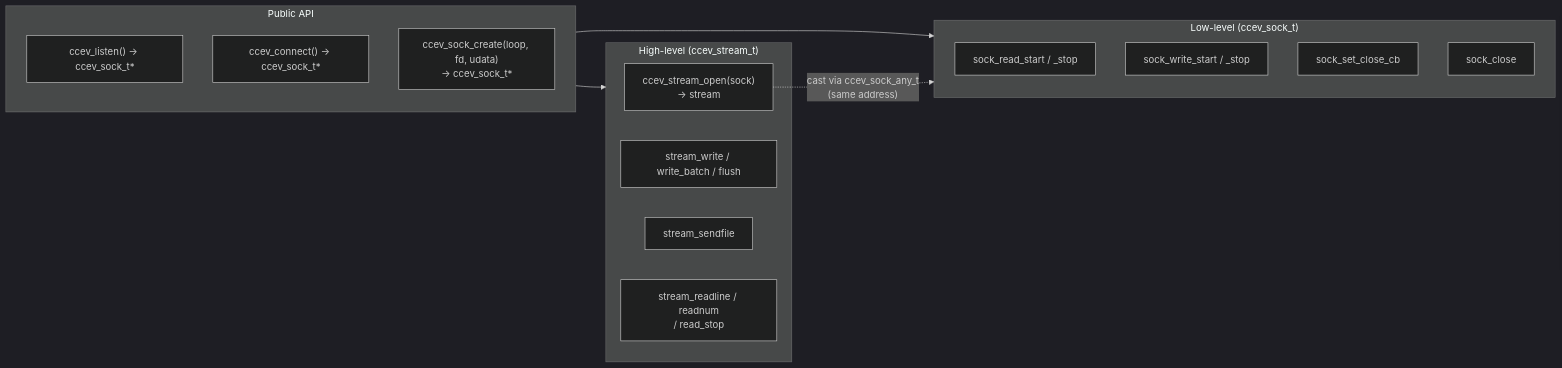
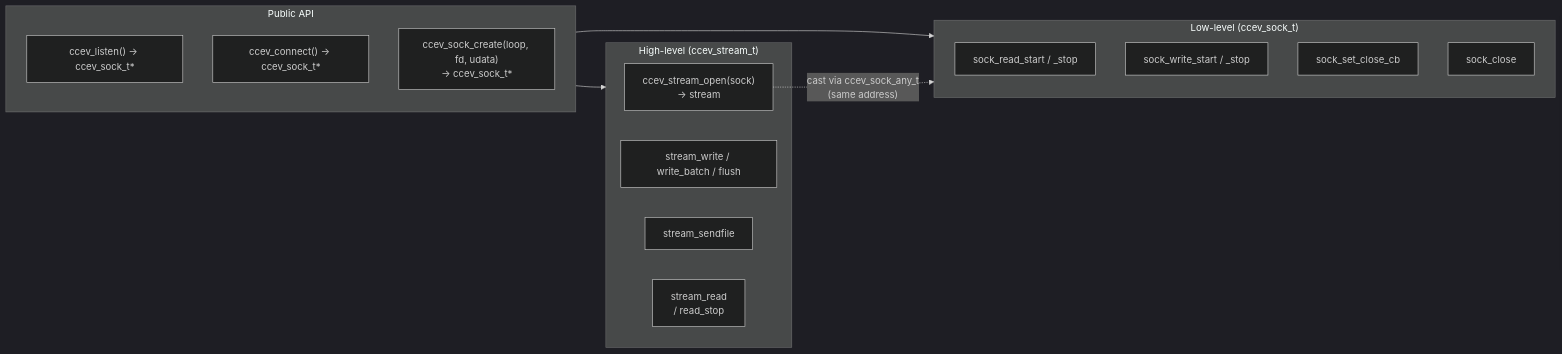
Before and after one commit to CandyMi/ccev: the first of 3 diagrams in AGENTS.md, drawn with Mermaid (dark theme). The commit also changed other lines of this file and 5 other files, not shown here.

````diff
--- a/AGENTS.md
+++ b/AGENTS.md
@@ -89,23 +89,23 @@
 ```mermaid
 flowchart LR
     subgraph Public["Public API"]
         L["ccev_listen() → ccev_sock_t*"]
         C["ccev_connect() → ccev_sock_t*"]
         S["ccev_sock_create(loop, fd, udata)\n→ ccev_sock_t*"]
     end
     subgraph Low["Low-level (ccev_sock_t)"]
         RS["sock_read_start / _stop"]
         WS["sock_write_start / _stop"]
         SC["sock_set_close_cb"]
         CL["sock_close"]
     end
     subgraph High["High-level (ccev_stream_t)"]
         O["ccev_stream_open(sock)\n→ stream"]
         W["stream_write / write_batch / flush"]
         SF["stream_sendfile"]
-        RL["stream_readline / readnum\n/ read_stop"]
+        RL["stream_read\n/ read_stop"]
     end
     Public --> Low
     Public --> High
     O -. "cast via ccev_sock_any_t\n(same address)" .-> Low
 ```
````
